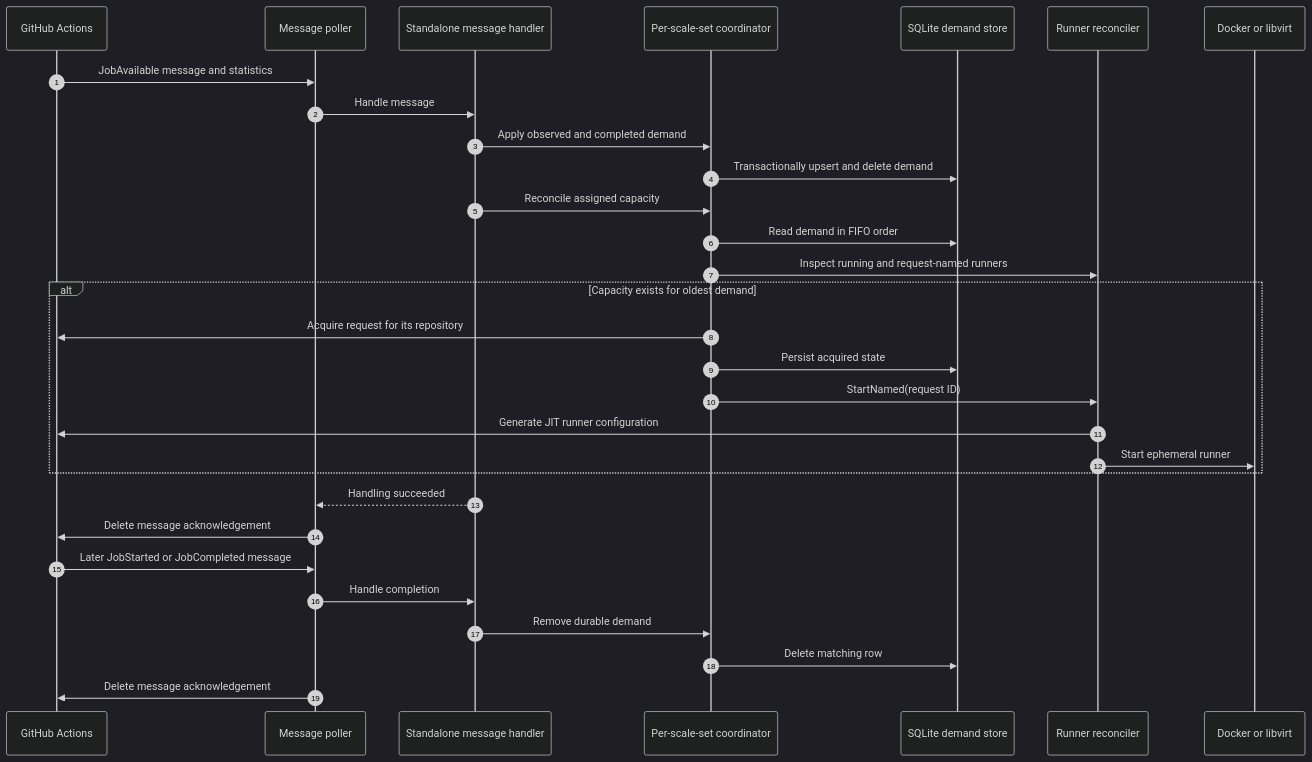
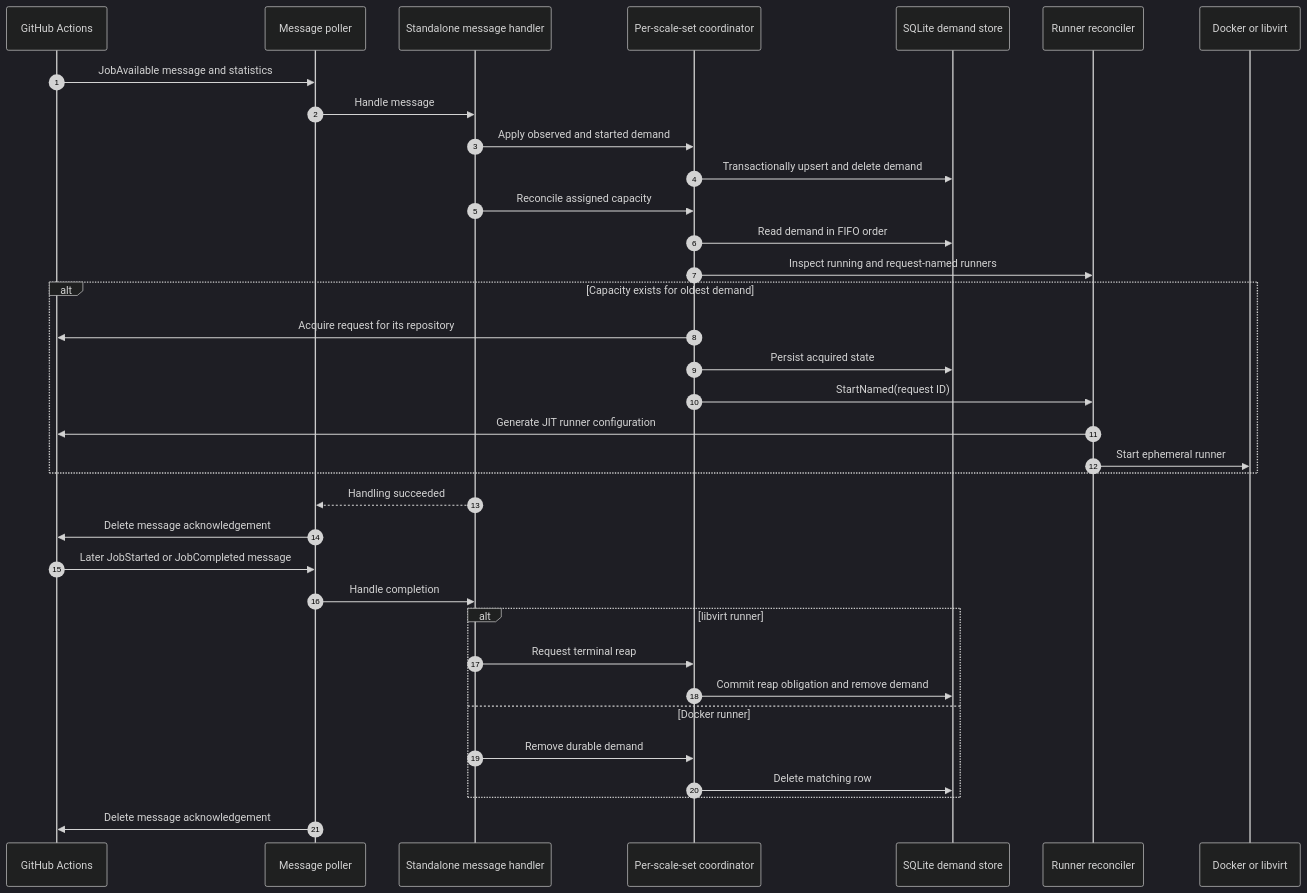
One commit to stateshifters/runnerfoundry changed the sixth of 13 diagrams in docs/architecture.md. Above: the diagram before and after it, drawn with Mermaid (dark theme). The commit also changed other lines of this file and 33 other files, not shown here.

Commit message:
fix: add missing libvirt runner lifecycle management and job completion handling

````diff
--- a/docs/architecture.md
+++ b/docs/architecture.md
@@ -222,33 +222,38 @@
 ```mermaid
 sequenceDiagram
     autonumber
     participant GH as GitHub Actions
     participant P as Message poller
     participant H as Standalone message handler
     participant C as Per-scale-set coordinator
     participant DB as SQLite demand store
     participant R as Runner reconciler
     participant X as Docker or libvirt
 
     GH->>P: JobAvailable message and statistics
     P->>H: Handle message
-    H->>C: Apply observed and completed demand
+    H->>C: Apply observed and started demand
     C->>DB: Transactionally upsert and delete demand
     H->>C: Reconcile assigned capacity
     C->>DB: Read demand in FIFO order
     C->>R: Inspect running and request-named runners
     alt Capacity exists for oldest demand
         C->>GH: Acquire request for its repository
         C->>DB: Persist acquired state
         C->>R: StartNamed(request ID)
         R->>GH: Generate JIT runner configuration
         R->>X: Start ephemeral runner
     end
     H-->>P: Handling succeeded
     P->>GH: Delete message acknowledgement
     GH->>P: Later JobStarted or JobCompleted message
     P->>H: Handle completion
-    H->>C: Remove durable demand
-    C->>DB: Delete matching row
+    alt libvirt runner
+        H->>C: Request terminal reap
+        C->>DB: Commit reap obligation and remove demand
+    else Docker runner
+        H->>C: Remove durable demand
+        C->>DB: Delete matching row
+    end
     P->>GH: Delete message acknowledgement
 ```
````
